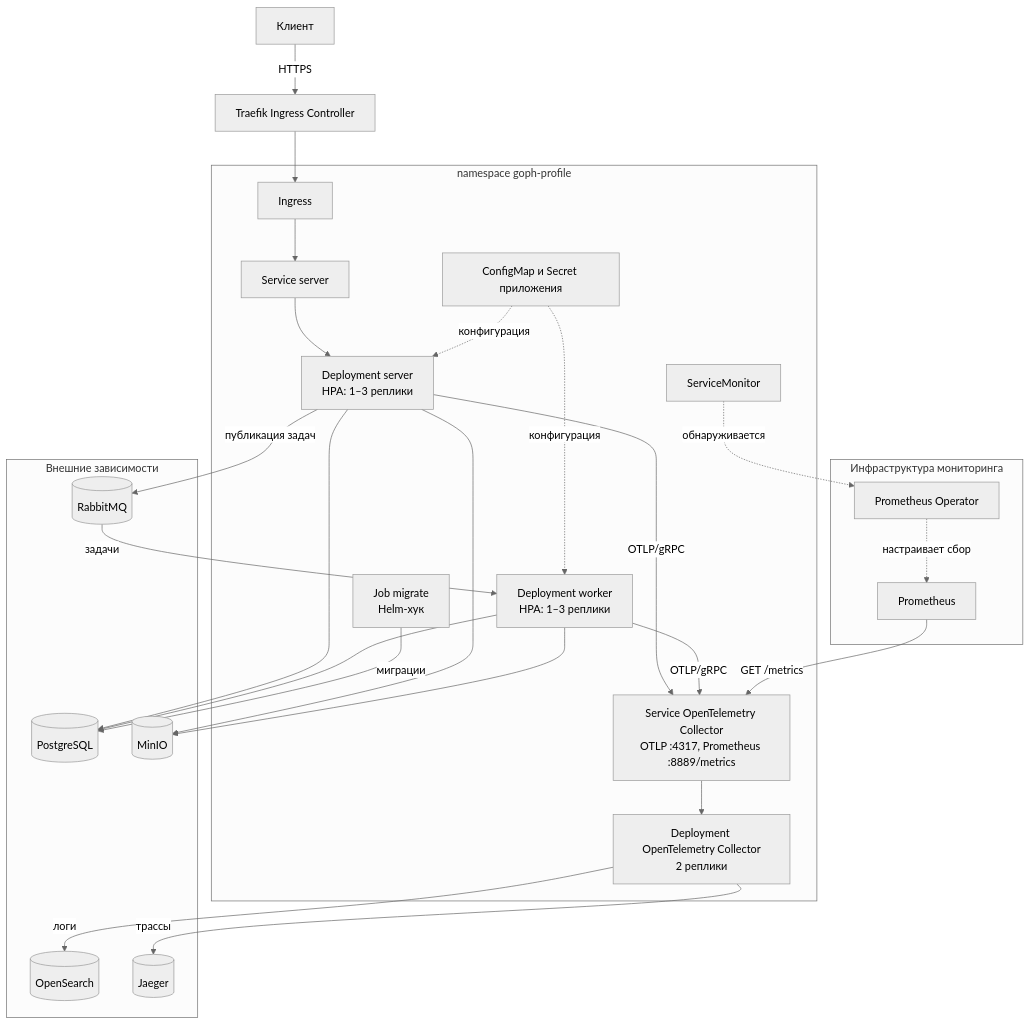
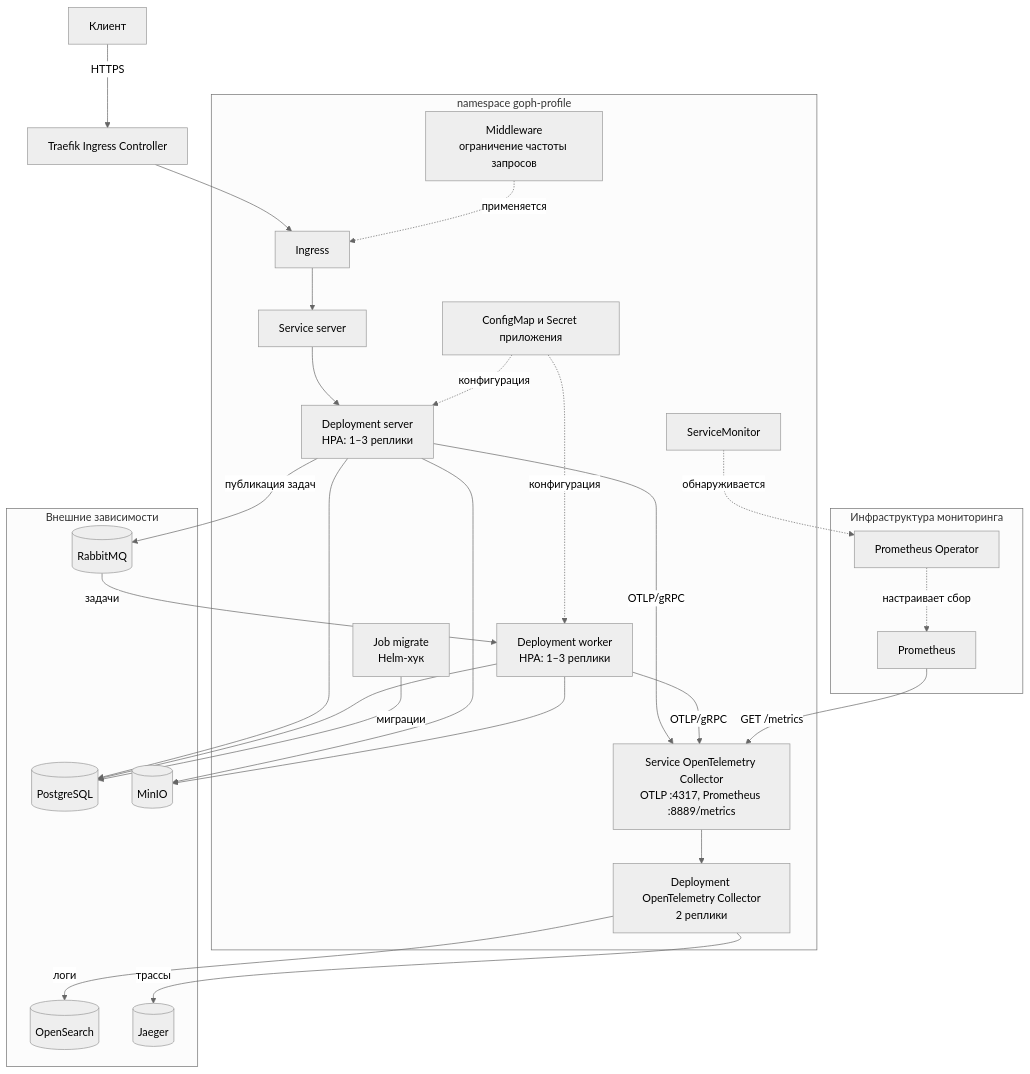
Before and after one commit to ZeroGravity-82/goph-profile: the diagram in README.md, drawn with Mermaid (neutral theme). The commit also changed other lines of this file and 4 other files, not shown here.

Commit message:
Настроил ограничение частоты запросов через Traefik

````diff
--- a/README.md
+++ b/README.md
@@ -866,54 +867,56 @@
 ```mermaid
 flowchart TB
     client[Клиент] -->|HTTPS| traefik[Traefik Ingress Controller]
 
     subgraph appNamespace["namespace goph-profile"]
         ingress[Ingress]
+        rateLimit[Middleware<br/>ограничение частоты запросов]
         serverService[Service server]
         server[Deployment server<br/>HPA: 1–3 реплики]
         worker[Deployment worker<br/>HPA: 1–3 реплики]
         migrate[Job migrate<br/>Helm-хук]
         appConfig[ConfigMap и Secret приложения]
         collectorService[Service OpenTelemetry Collector<br/>OTLP :4317, Prometheus :8889/metrics]
         collector[Deployment OpenTelemetry Collector<br/>2 реплики]
         serviceMonitor[ServiceMonitor]
     end
 
     subgraph dependencies["Внешние зависимости"]
         postgres[(PostgreSQL)]
         minio[(MinIO)]
         rabbitmq[(RabbitMQ)]
         opensearch[(OpenSearch)]
         jaeger[(Jaeger)]
     end
 
     subgraph monitoring["Инфраструктура мониторинга"]
         prometheusOperator[Prometheus Operator]
         prometheus[Prometheus]
     end
 
     traefik --> ingress
+    rateLimit -.->|применяется| ingress
     ingress --> serverService
     serverService --> server
 
     appConfig -.->|конфигурация| server
     appConfig -.->|конфигурация| worker
 
     server --> postgres
     server --> minio
     server -->|публикация задач| rabbitmq
     rabbitmq -->|задачи| worker
     worker --> postgres
     worker --> minio
     migrate -->|миграции| postgres
 
     server -->|OTLP/gRPC| collectorService
     worker -->|OTLP/gRPC| collectorService
     collectorService --> collector
     collector -->|логи| opensearch
     collector -->|трассы| jaeger
 
     serviceMonitor -.->|обнаруживается| prometheusOperator
     prometheusOperator -.->|настраивает сбор| prometheus
     prometheus -->|GET /metrics| collectorService
 ```
````
